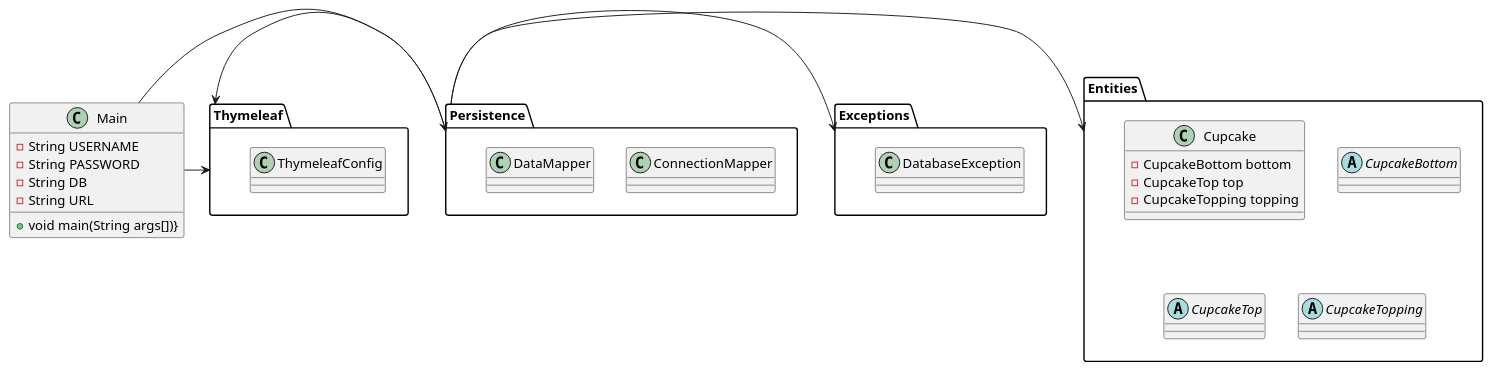
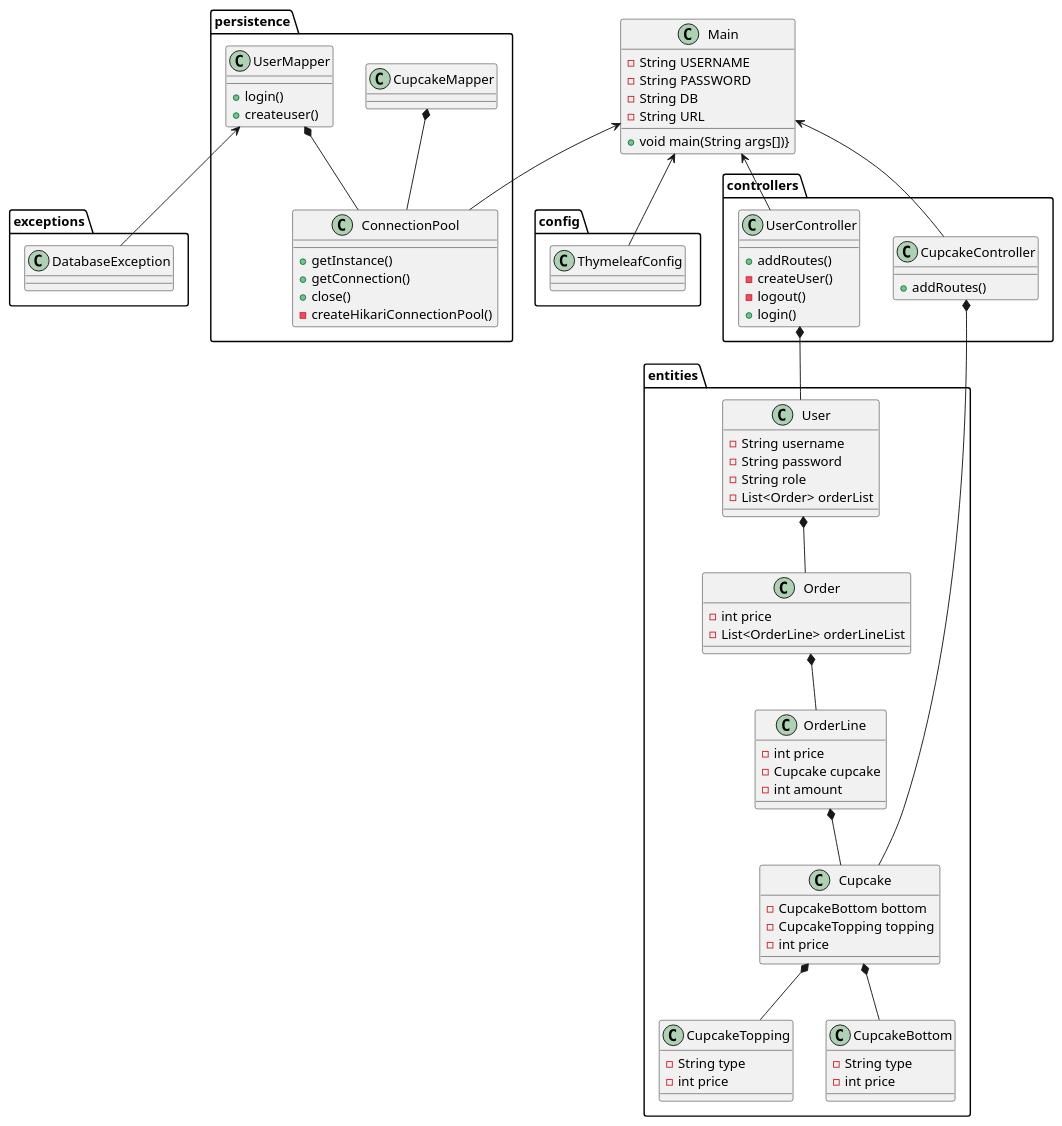
Before and after one commit to Magnewei/CupcakeProject: the diagram in src/main/resources/Diagrams/Class.puml, drawn with PlantUML. The commit also changed 3 other files, not shown here.

```diff
--- a/src/main/resources/Diagrams/Class.puml
+++ b/src/main/resources/Diagrams/Class.puml
@@ -1,45 +1,113 @@
 @startuml
 'https://plantuml.com/class-diagram
 
-Main -> Thymeleaf
-Main -> Persistence
-Persistence -> Thymeleaf
-Persistence -> Exceptions
-Persistence -> Entities
+'Main
+Main <-- config.ThymeleafConfig
+Main <-- persistence.ConnectionPool
+Main <-- controllers.UserController
+Main <-- controllers.CupcakeController
+
+'controllers
+
+'entities
+entities.Cupcake *-- entities.CupcakeTopping
+entities.Cupcake *-- entities.CupcakeBottom
+entities.Order *-- entities.OrderLine
+entities.OrderLine *-- entities.Cupcake
+entities.User *-- entities.Order
+
+'persistence
+persistence.UserMapper *-- persistence.ConnectionPool
+persistence.CupcakeMapper *-- persistence.ConnectionPool
+persistence.UserMapper <-- exceptions.DatabaseException
+
+'controllers
+controllers.CupcakeController *-- entities.Cupcake
+controllers.UserController *-- entities.User
 
 class Main {
 -String USERNAME
 -String PASSWORD
 -String DB
 -String URL
 +void main(String args[])}
 }
 
-package Entities {
+package entities {
 class Cupcake{
 -CupcakeBottom bottom
--CupcakeTop top
 -CupcakeTopping topping
+-int price
 }
 
-abstract class CupcakeBottom {}
-abstract class CupcakeTop {}
-abstract class CupcakeTopping {}
+class User{
+-String username
+-String password
+-String role
+-List<Order> orderList
 }
 
-package Exceptions {
+class CupcakeBottom {
+-String type
+-int price
+}
+class CupcakeTopping {
+-String type
+-int price
+}
+
+class OrderLine{
+-int price
+-Cupcake cupcake
+-int amount
+}
+
+class Order{
+-int price
+-List<OrderLine> orderLineList
+}
+
+}
+
+package exceptions {
 class DatabaseException {}
 }
 
-package Persistence {
-class ConnectionMapper {}
-
-class DataMapper {}
+package persistence {
+class ConnectionPool {
++getInstance()
++getConnection()
++close()
+-createHikariConnectionPool()
 }
 
-package Thymeleaf {
+class CupcakeMapper {
+'TODO: Skal den her bruges eller ej?
+}
+
+class UserMapper{
++login()
++createuser()
+}
+
+}
+
+package config {
 class ThymeleafConfig{}
+}
+
+package controllers{
+class UserController{
++addRoutes()
+-createUser()
+-logout()
++login()
+}
+
+class CupcakeController{
++addRoutes()
+}
 }
 
 
 @enduml
```
